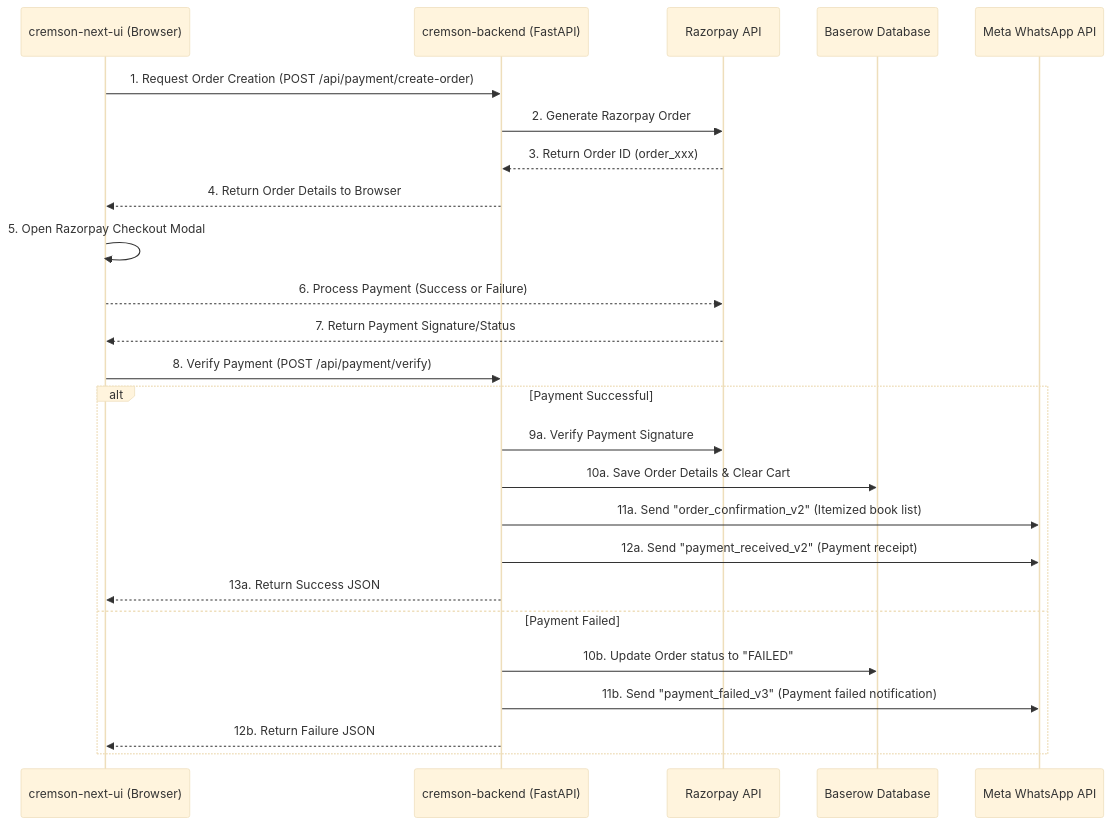
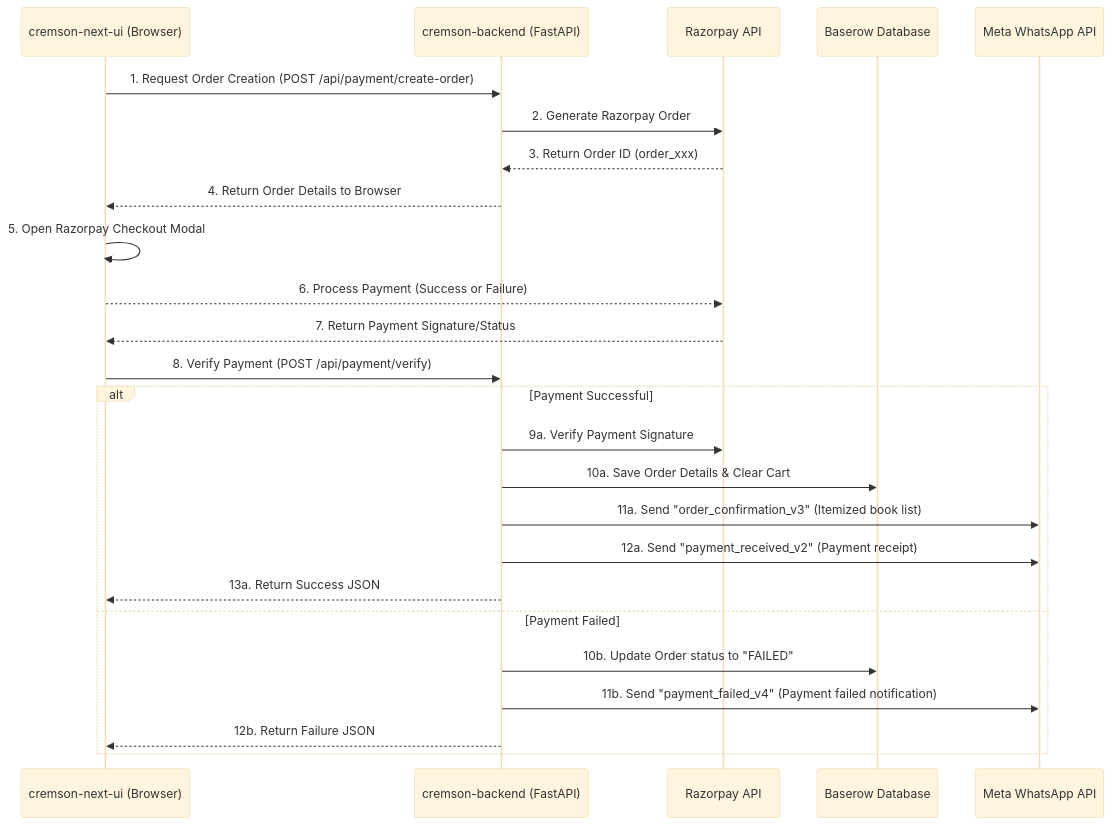
Before and after one commit to cremsonpublications-cmd/cremson-baserow: the diagram in cremson-backend/README.md, drawn with Mermaid (base theme). The commit also changed other lines of this file and 2 other files, not shown here.

````diff
--- a/cremson-backend/README.md
+++ b/cremson-backend/README.md
@@ -49,30 +49,30 @@
 ```mermaid
 sequenceDiagram
     participant Frontend as cremson-next-ui (Browser)
     participant Backend as cremson-backend (FastAPI)
     participant Razorpay as Razorpay API
     participant Baserow as Baserow Database
     participant Meta as Meta WhatsApp API
 
     Frontend->>Backend: 1. Request Order Creation (POST /api/payment/create-order)
     Backend->>Razorpay: 2. Generate Razorpay Order
     Razorpay-->>Backend: 3. Return Order ID (order_xxx)
     Backend-->>Frontend: 4. Return Order Details to Browser
 
     Frontend->>Frontend: 5. Open Razorpay Checkout Modal
     Frontend-->>Razorpay: 6. Process Payment (Success or Failure)
     Razorpay-->>Frontend: 7. Return Payment Signature/Status
 
     Frontend->>Backend: 8. Verify Payment (POST /api/payment/verify)
     alt Payment Successful
         Backend->>Razorpay: 9a. Verify Payment Signature
         Backend->>Baserow: 10a. Save Order Details & Clear Cart
-        Backend->>Meta: 11a. Send "order_confirmation_v2" (Itemized book list)
+        Backend->>Meta: 11a. Send "order_confirmation_v3" (Itemized book list)
         Backend->>Meta: 12a. Send "payment_received_v2" (Payment receipt)
         Backend-->>Frontend: 13a. Return Success JSON
     else Payment Failed
         Backend->>Baserow: 10b. Update Order status to "FAILED"
-        Backend->>Meta: 11b. Send "payment_failed_v3" (Payment failed notification)
+        Backend->>Meta: 11b. Send "payment_failed_v4" (Payment failed notification)
         Backend-->>Frontend: 12b. Return Failure JSON
     end
 ```
````
